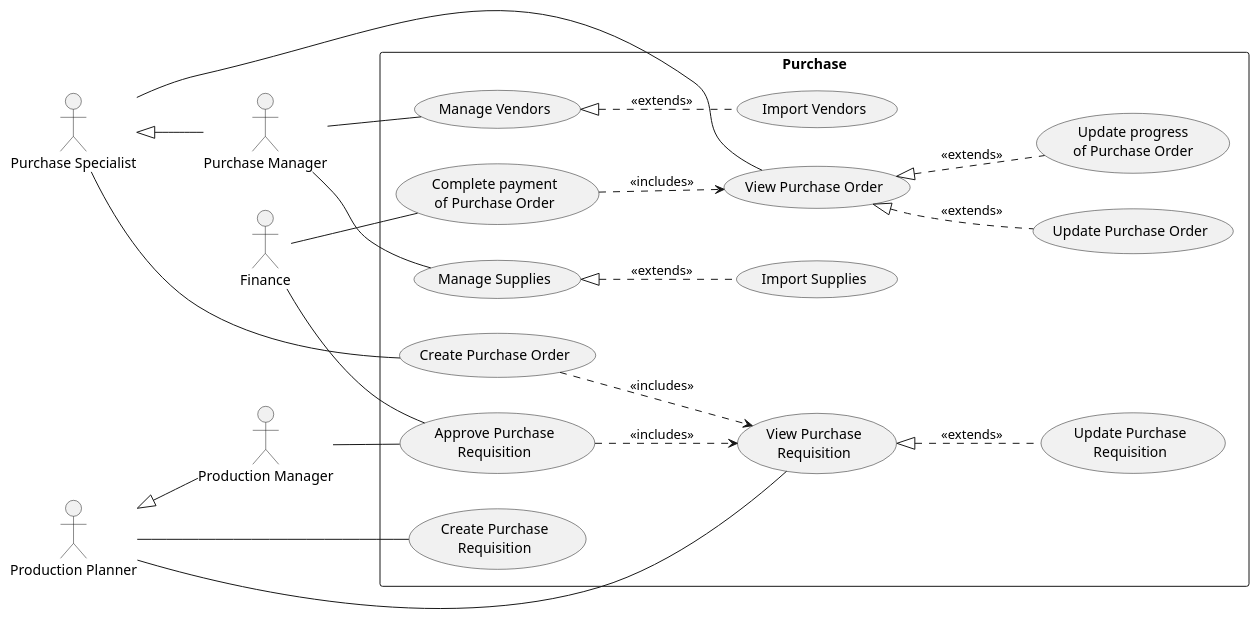
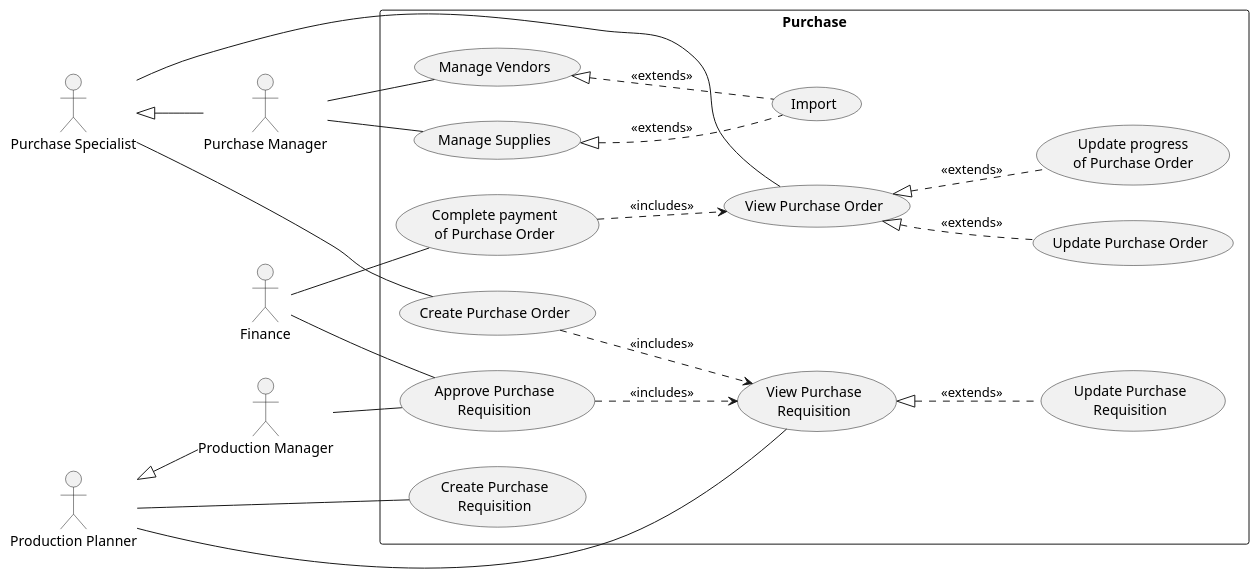
Before and after one commit to phihungha/scmss-reqs: the diagram in use-cases/purchase.plantuml, drawn with PlantUML. The commit also changed 7 other files, not shown here.

```diff
--- a/use-cases/purchase.plantuml
+++ b/use-cases/purchase.plantuml
@@ -1,35 +1,35 @@
 @startuml purchase
 left to right direction
 
 :Finance: as f
 
 :Production Planner: as pp
 :Production Manager: as prm
 pp <|-- prm
 
 :Purchase Manager: as pm
 :Purchase Specialist: as ps
 ps <|-- pm
 
 rectangle Purchase {
     pp -- (Create Purchase\nRequisition)
     pp -- (View Purchase\nRequisition)
     (View Purchase\nRequisition) <|.. (Update Purchase\nRequisition) : <<extends>>
     f -- (Approve Purchase\nRequisition)
     prm -- (Approve Purchase\nRequisition)
     (Approve Purchase\nRequisition) ..> (View Purchase\nRequisition) : <<includes>>
 
     ps -- (Create Purchase Order)
     (Create Purchase Order) ..> (View Purchase\nRequisition) : <<includes>>
     ps -- (View Purchase Order)
     (View Purchase Order) <|.. (Update Purchase Order) : <<extends>>
     (View Purchase Order) <|.. (Update progress\nof Purchase Order) : <<extends>>
     f -- (Complete payment\nof Purchase Order)
     (Complete payment\nof Purchase Order) ..> (View Purchase Order) : <<includes>>
 
     pm -- (Manage Vendors)
-    (Manage Vendors) <|.. (Import Vendors) : <<extends>>
+    (Manage Vendors) <|.. (Import) : <<extends>>
     pm -- (Manage Supplies)
-    (Manage Supplies) <|.. (Import Supplies) : <<extends>>
+    (Manage Supplies) <|.. (Import) : <<extends>>
 }
 @enduml
```
